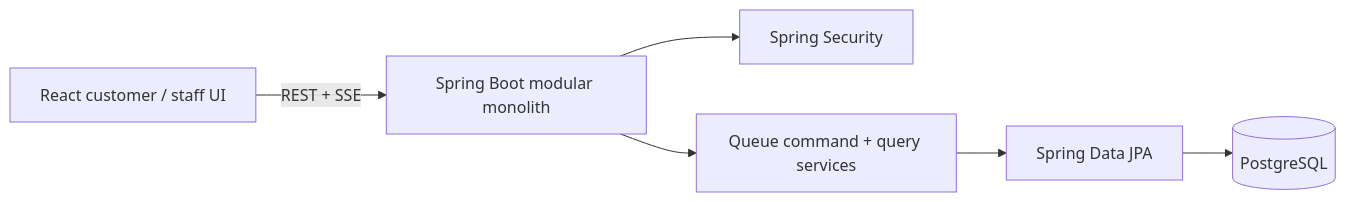
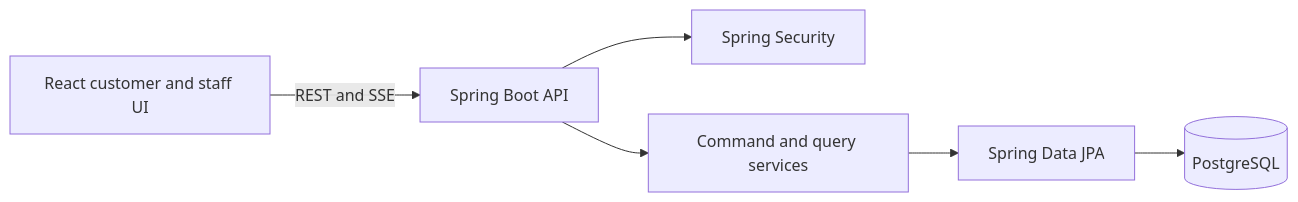
One commit to YashwardhanV/Line-Pilot changed the diagram in README.md. Above: the diagram before and after it, drawn with Mermaid. The commit also changed other lines of this file, not shown here.

````diff
--- a/README.md
+++ b/README.md
@@ -27,8 +12,8 @@
 ```mermaid
 flowchart LR
-    Browser["React customer / staff UI"] -->|"REST + SSE"| API["Spring Boot modular monolith"]
+    Browser["React customer and staff UI"] -->|"REST and SSE"| API["Spring Boot API"]
     API --> Security["Spring Security"]
-    API --> Service["Queue command + query services"]
-    Service --> JPA["Spring Data JPA"]
+    API --> Services["Command and query services"]
+    Services --> JPA["Spring Data JPA"]
     JPA --> DB[("PostgreSQL")]
 ```
````
